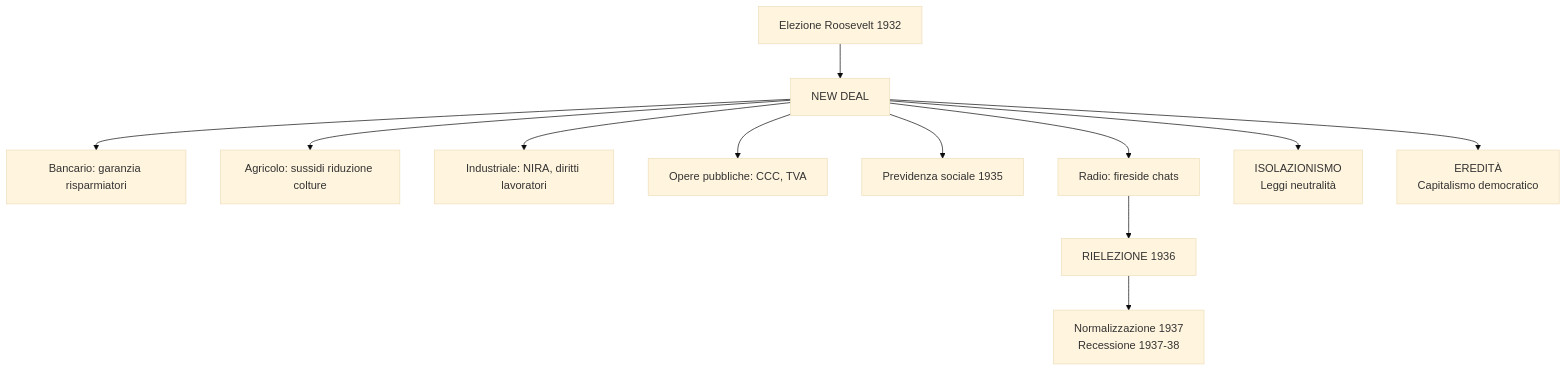
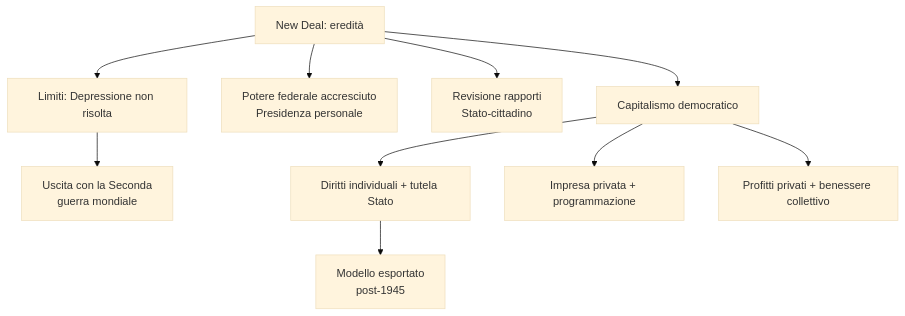
The seventh of 8 diagrams in storia/materiale/studio/capitolo_3.10_studio_riassunto.md (riccardo-algorime/appunti-5Bsa), drawn with Mermaid (base theme) before and after one commit. The commit also changed other lines of this file and 5 other files, not shown here.

````diff
--- a/storia/materiale/studio/capitolo_3.10_studio_riassunto.md
+++ b/storia/materiale/studio/capitolo_3.10_studio_riassunto.md
@@ -188,14 +199,12 @@
 ```mermaid
 flowchart TD
-    A[Elezione Roosevelt 1932] --> B[NEW DEAL]
-    B --> C[Bancario: garanzia risparmiatori]
-    B --> D[Agricolo: sussidi riduzione colture]
-    B --> E[Industriale: NIRA, diritti lavoratori]
-    B --> F[Opere pubbliche: CCC, TVA]
-    B --> G[Previdenza sociale 1935]
-    B --> H[Radio: fireside chats]
-    H --> I[RIELEZIONE 1936]
-    I --> J[Normalizzazione 1937<br/>Recessione 1937-38]
-    B --> K[ISOLAZIONISMO<br/>Leggi neutralità]
-    B --> L[EREDITÀ<br/>Capitalismo democratico]
+    A[New Deal: eredità] --> B[Limiti: Depressione non risolta]
+    B --> C[Uscita con la Seconda<br/>guerra mondiale]
+    A --> D[Potere federale accresciuto<br/>Presidenza personale]
+    A --> E[Revisione rapporti<br/>Stato-cittadino]
+    A --> F[Capitalismo democratico]
+    F --> G[Diritti individuali + tutela Stato]
+    F --> H[Impresa privata + programmazione]
+    F --> I[Profitti privati + benessere collettivo]
+    G --> J[Modello esportato<br/>post-1945]
 ```
````
